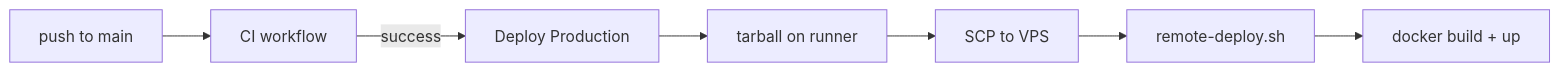
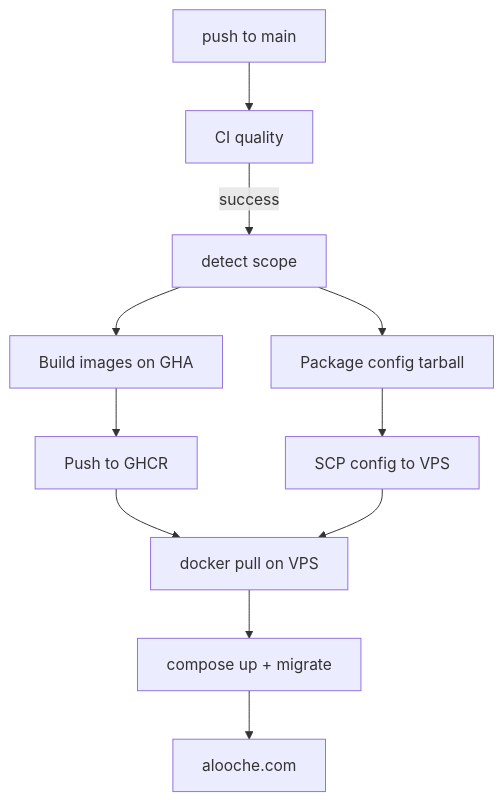
One commit to Labpar000/agahiram-final changed the diagram in docs/CI_CD.md. Above: the diagram before and after it, drawn with Mermaid. The commit also changed other lines of this file and 10 other files, not shown here.

First line of the commit message:
feat(ci): switch production deploy to GHCR pull mode

````diff
--- a/docs/CI_CD.md
+++ b/docs/CI_CD.md
@@ -17,9 +9,13 @@
 ```mermaid
-flowchart LR
-  push[push to main] --> ci[CI workflow]
-  ci -->|success| deploy[Deploy Production]
-  deploy --> tar[tarball on runner]
-  tar --> scp[SCP to VPS]
-  scp --> remote[remote-deploy.sh]
-  remote --> docker[docker build + up]
+flowchart TD
+  push[push to main] --> ci[CI quality]
+  ci -->|success| scope[detect scope]
+  scope --> build[Build images on GHA]
+  build --> ghcr[Push to GHCR]
+  scope --> config[Package config tarball]
+  config --> scp[SCP config to VPS]
+  ghcr --> pull[docker pull on VPS]
+  scp --> pull
+  pull --> up[compose up + migrate]
+  up --> live[alooche.com]
 ```
````
